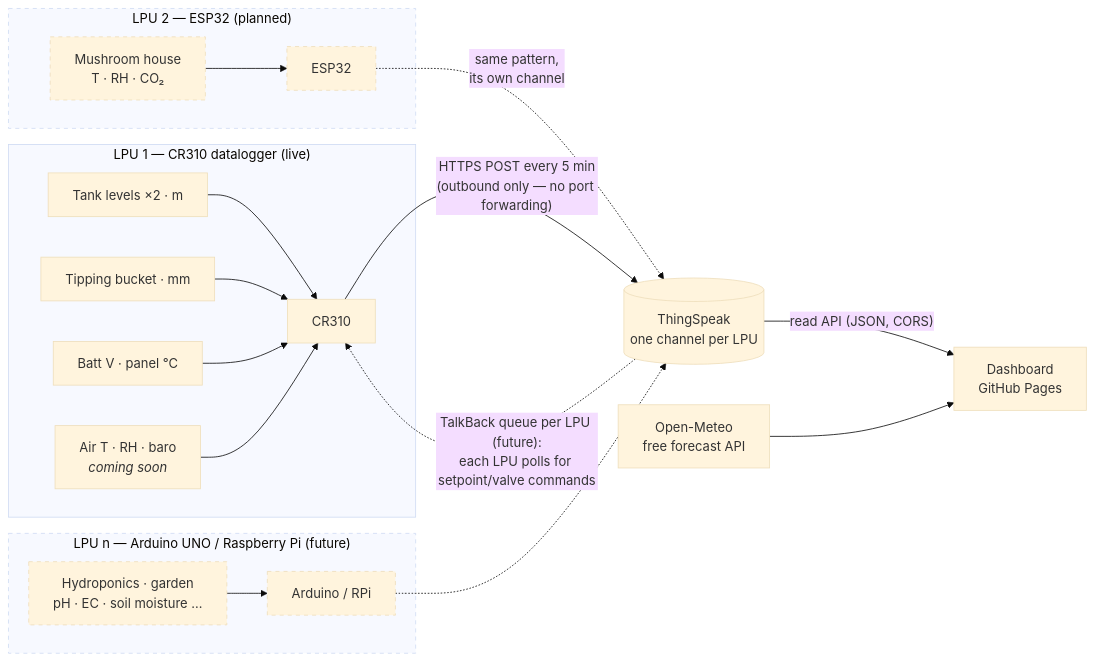
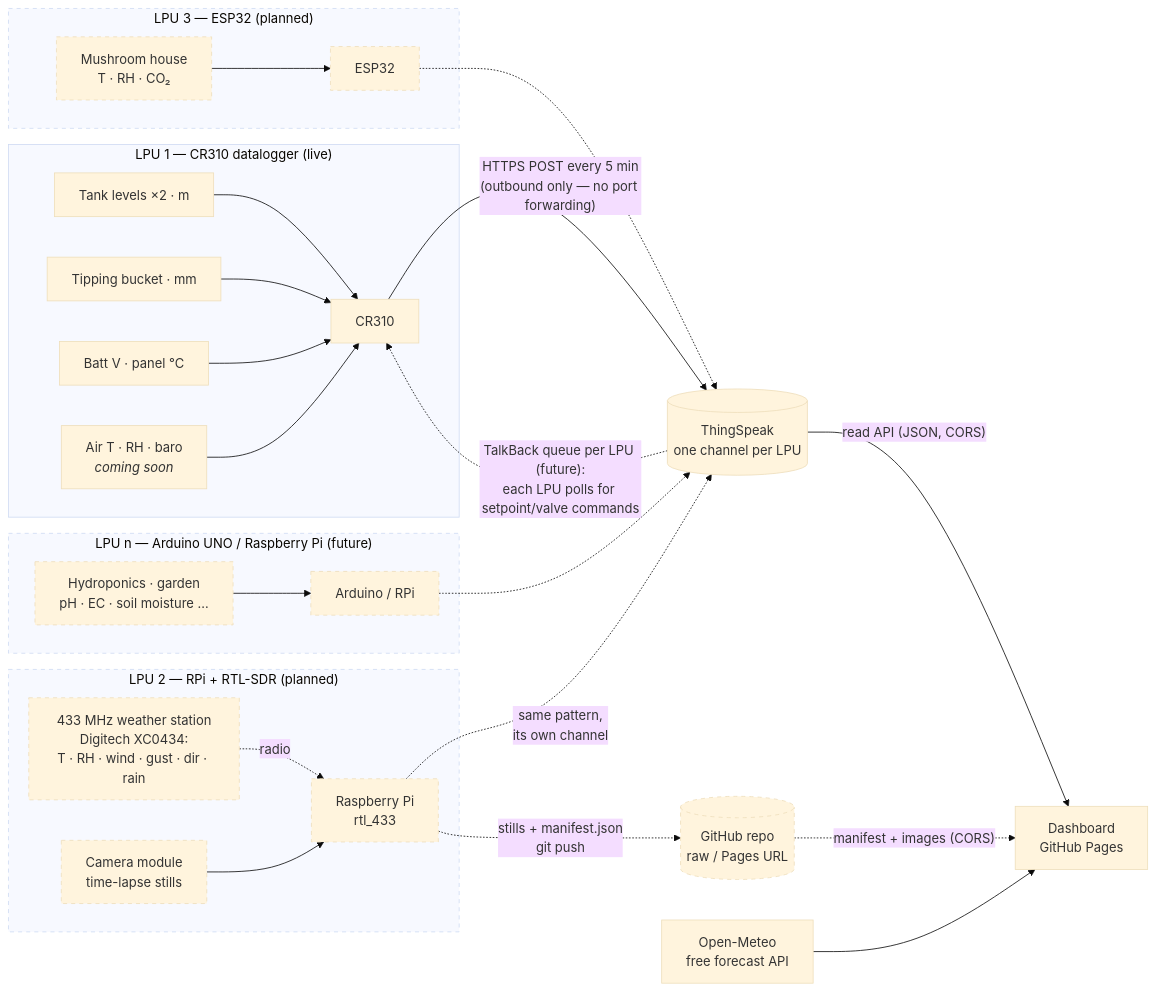
Before and after one commit to cdomotor-g/home: the diagram in README.md, drawn with Mermaid (base theme). The commit also changed other lines of this file and 4 other files, not shown here.

First line of the commit message:
Add weather-station (RTL-SDR) and camera-image ingestion, plus icon images

````diff
--- a/README.md
+++ b/README.md
@@ -24,23 +29,30 @@
 ```mermaid
 flowchart LR
     subgraph LPU1["LPU 1 — CR310 datalogger (live)"]
         S1[Tank levels ×2 · m] --> CR310
         S2[Tipping bucket · mm] --> CR310
         S3[Batt V · panel °C] --> CR310
         S4[Air T · RH · baro<br><i>coming soon</i>] --> CR310
     end
-    subgraph LPU2["LPU 2 — ESP32 (planned)"]
+    subgraph LPU2["LPU 2 — RPi + RTL-SDR (planned)"]
+        WX[433 MHz weather station<br>Digitech XC0434:<br>T · RH · wind · gust · dir · rain] -. radio .-> RPI[Raspberry Pi<br>rtl_433]
+        CAM[Camera module<br>time-lapse stills] --> RPI
+    end
+    subgraph LPU3["LPU 3 — ESP32 (planned)"]
         S5[Mushroom house<br>T · RH · CO₂] --> ESP32
     end
     subgraph LPUN["LPU n — Arduino UNO / Raspberry Pi (future)"]
         S6[Hydroponics · garden<br>pH · EC · soil moisture …] --> LPUn[Arduino / RPi]
     end
     CR310 -- "HTTPS POST every 5 min<br>(outbound only — no port forwarding)" --> TS[(ThingSpeak<br>one channel per LPU)]
-    ESP32 -. "same pattern,<br>its own channel" .-> TS
+    RPI -. "same pattern,<br>its own channel" .-> TS
+    RPI -. "stills + manifest.json<br>git push" .-> IMG[(GitHub repo<br>raw / Pages URL)]
+    ESP32 -.-> TS
     LPUn -.-> TS
     TS -- "read API (JSON, CORS)" --> DASH[Dashboard<br>GitHub Pages]
+    IMG -. "manifest + images (CORS)" .-> DASH
     OM[Open-Meteo<br>free forecast API] --> DASH
     TS -. "TalkBack queue per LPU (future):<br>each LPU polls for setpoint/valve commands" .-> CR310
     classDef future stroke-dasharray: 5 5;
-    class LPU2,LPUN,ESP32,LPUn,S5,S6 future;
+    class LPU2,LPU3,LPUN,ESP32,LPUn,S5,S6,WX,CAM,RPI,IMG future;
 ```
````
